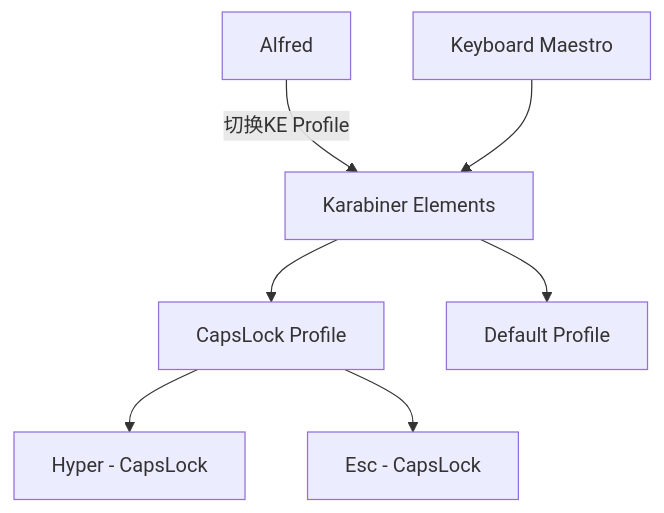
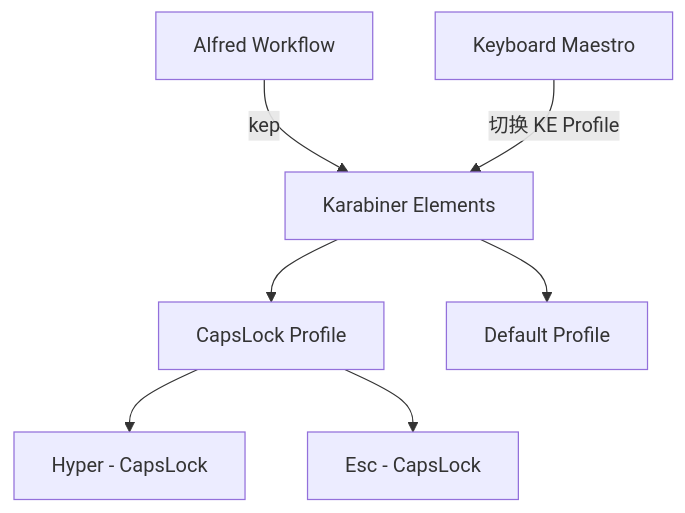
Before and after one commit to suliveevil/suliveevil.github.io: the first of 2 diagrams in _posts/2018-09-23-vim-workflow.md, drawn with Mermaid.

```diff
--- a/_posts/2018-09-23-vim-workflow.md
+++ b/_posts/2018-09-23-vim-workflow.md
@@ -19,11 +19,11 @@
 <div class="mermaid">
 graph TD;
-    A[Alfred]--切换KE Profile-->B[Karabiner Elements];
-    C[Keyboard Maestro]-->B;
+    A[Alfred Workflow]--kep-->B[Karabiner Elements];
+    C[Keyboard Maestro]--切换 KE Profile-->B;
 
     B-->F[CapsLock Profile];
     B-->G[Default Profile];
 
     F-->H[Hyper - CapsLock];
     F-->I[Esc - CapsLock];
 </div>
```
